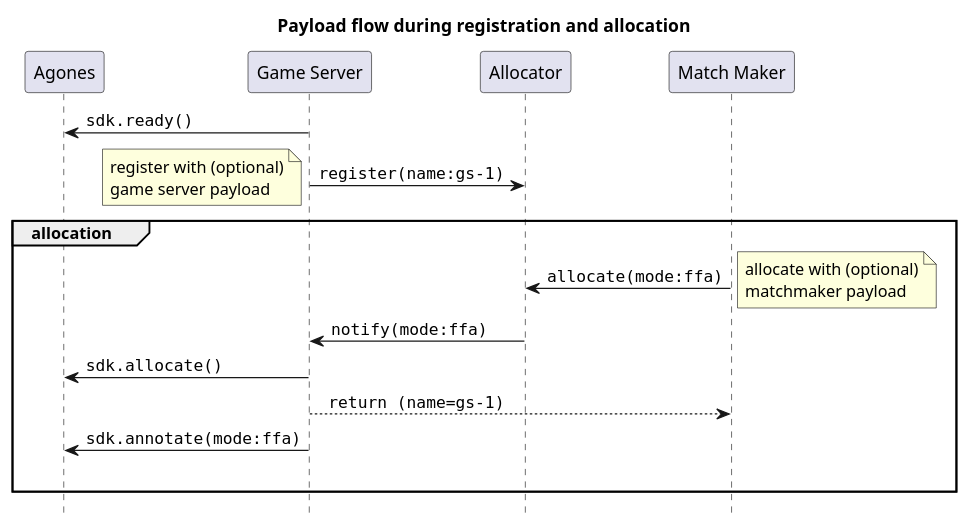
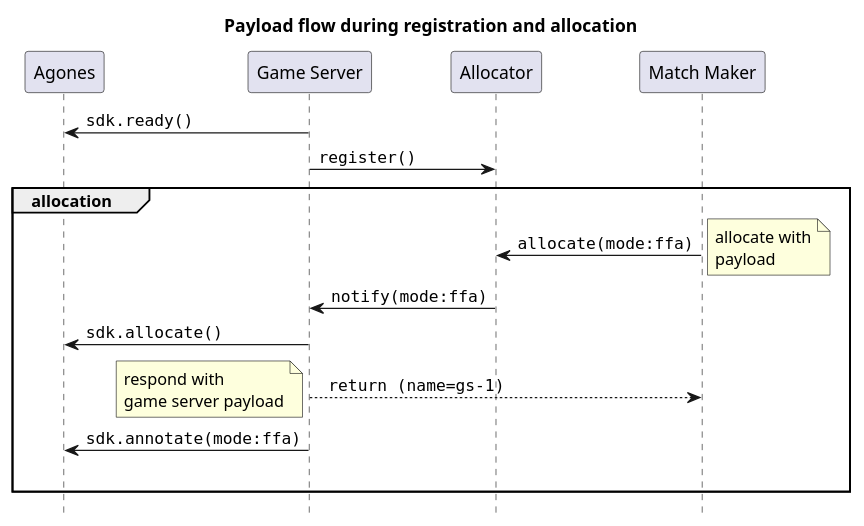
Before and after one commit to GameFabric/docs: the diagram in src/multiplayer-servers/multiplayer-services/server-allocation/images/allocating-from-armadas/request-payload.puml, drawn with PlantUML. The commit also changed 1 other file, not shown here.

Commit message:
fix: nw review: use no registration payload, but notify response payload

```diff
--- a/src/multiplayer-servers/multiplayer-services/server-allocation/images/allocating-from-armadas/request-payload.puml
+++ b/src/multiplayer-servers/multiplayer-services/server-allocation/images/allocating-from-armadas/request-payload.puml
@@ -1,33 +1,33 @@
 @startuml
 
 ' Header.
 
 title Payload flow during registration and allocation
 
 hide footbox
 
 participant Agones
 participant "Game Server"
 participant Allocator
 participant "Match Maker"
 
 "Game Server" -> Agones : ""sdk.ready()""
-"Game Server" -> Allocator : ""register(name:gs-1)""
-note left: register with (optional)\ngame server payload
+"Game Server" -> Allocator : ""register()""
 
 group allocation
 "Match Maker" -> "Allocator" : ""allocate(mode:ffa)""
-note right: allocate with (optional)\nmatchmaker payload
+note right: allocate with\npayload
 
 "Allocator" -> "Game Server" : ""notify(mode:ffa)""
 
 "Game Server" -> Agones : ""sdk.allocate()""
 "Game Server" --> "Match Maker" : "" return (name=gs-1)""
+note left: respond with\ngame server payload
 
 "Game Server" -> Agones : ""sdk.annotate(mode:ffa)""
 
 |||
 
 end
 
 @enduml
```
